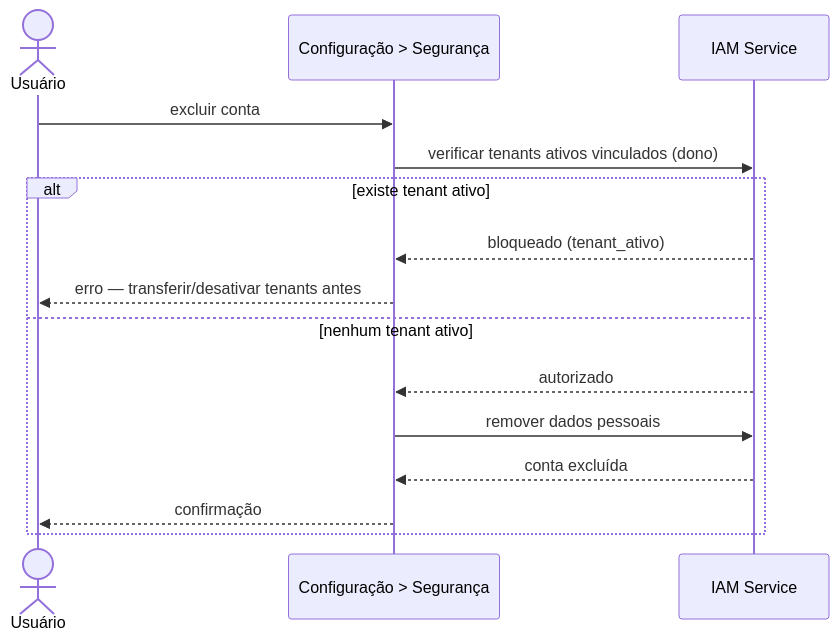
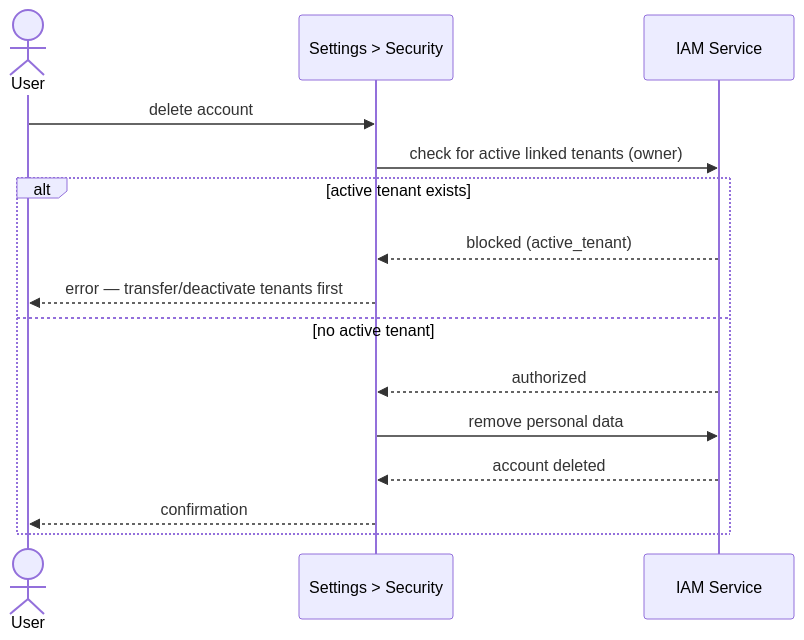
The fourth of 5 diagrams in specs/004-reestruturacao-ia-navegacao/spec.md (GiovaniRodrigo/arquitetura-mach-saas-nocode), drawn with Mermaid before and after one commit. The commit also changed other lines of this file and 86 other files, not shown here.

````diff
--- a/specs/004-reestruturacao-ia-navegacao/spec.md
+++ b/specs/004-reestruturacao-ia-navegacao/spec.md
@@ -231,18 +231,18 @@
 ```mermaid
 sequenceDiagram
-  actor usuario as Usuário
-  participant config as Configuração > Segurança
+  actor usuario as User
+  participant config as Settings > Security
   participant iam as IAM Service
 
-  usuario->>config: excluir conta
-  config->>iam: verificar tenants ativos vinculados (dono)
-  alt existe tenant ativo
-    iam-->>config: bloqueado (tenant_ativo)
-    config-->>usuario: erro — transferir/desativar tenants antes
-  else nenhum tenant ativo
-    iam-->>config: autorizado
-    config->>iam: remover dados pessoais
-    iam-->>config: conta excluída
-    config-->>usuario: confirmação
+  usuario->>config: delete account
+  config->>iam: check for active linked tenants (owner)
+  alt active tenant exists
+    iam-->>config: blocked (active_tenant)
+    config-->>usuario: error — transfer/deactivate tenants first
+  else no active tenant
+    iam-->>config: authorized
+    config->>iam: remove personal data
+    iam-->>config: account deleted
+    config-->>usuario: confirmation
   end
 ```
````
